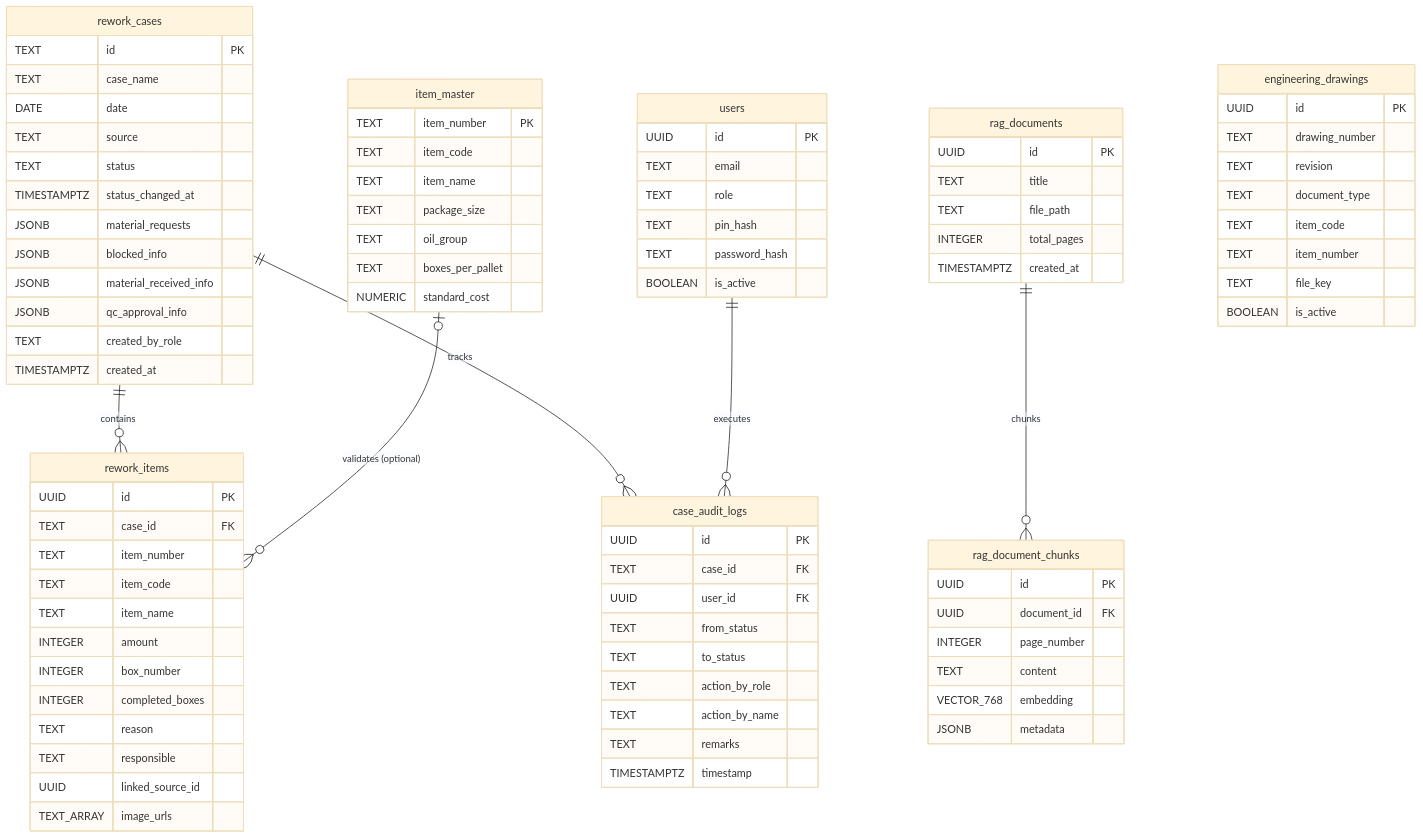
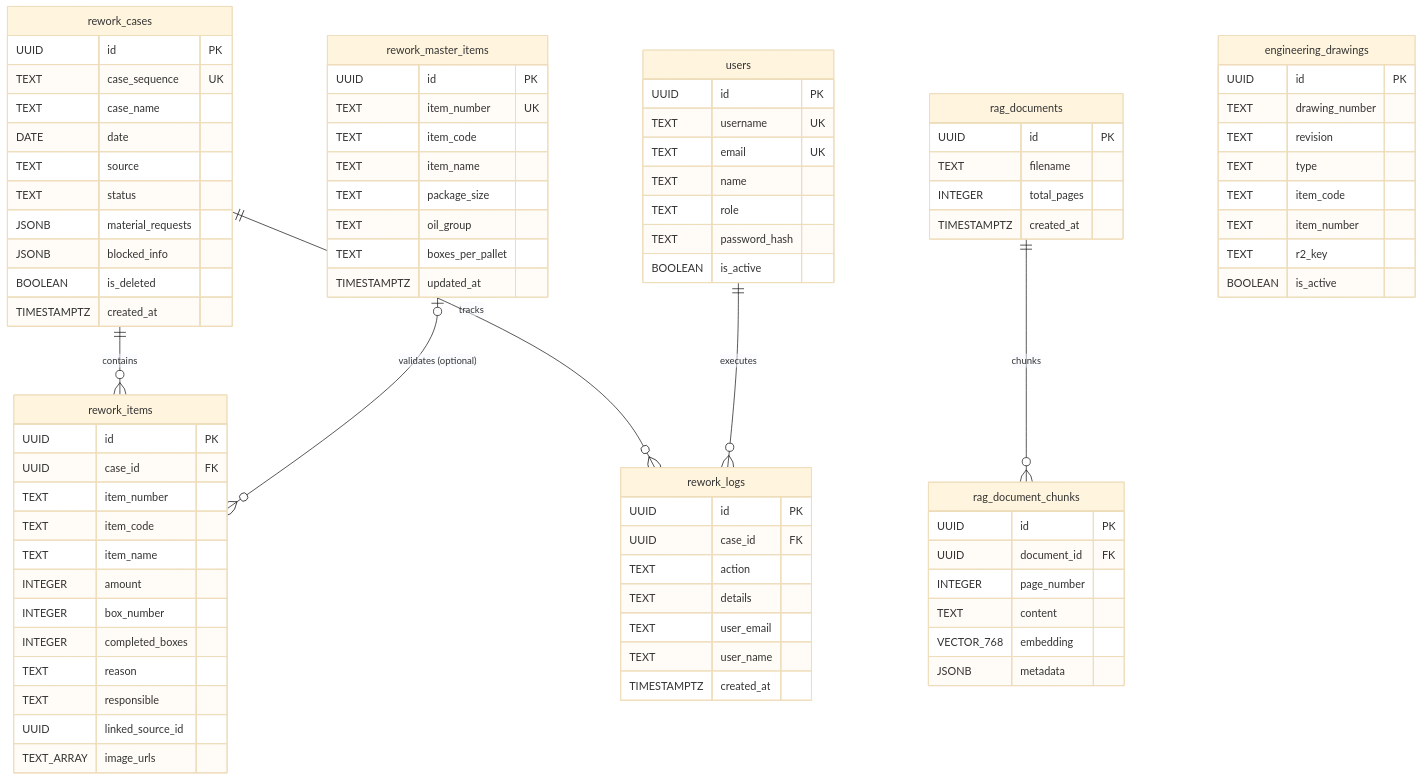
The seventh of 7 diagrams in thesis_agents/QSMS_Thesis_Complete_Document.md (yean30102546-rgb/QSMS_project), drawn with Mermaid (base theme) before and after one commit. The commit also changed other lines of this file and 30 other files, not shown here.

````diff
--- a/thesis_agents/QSMS_Thesis_Complete_Document.md
+++ b/thesis_agents/QSMS_Thesis_Complete_Document.md
@@ -1039,29 +961,27 @@
 ```mermaid
 erDiagram
     rework_cases ||--o{ rework_items : "contains"
-    rework_cases ||--o{ case_audit_logs : "tracks"
-    item_master |o--o{ rework_items : "validates (optional)"
-    users ||--o{ case_audit_logs : "executes"
+    rework_cases ||--o{ rework_logs : "tracks"
+    rework_master_items |o--o{ rework_items : "validates (optional)"
+    users ||--o{ rework_logs : "executes"
     rag_documents ||--o{ rag_document_chunks : "chunks"
 
     rework_cases {
-        TEXT id PK
+        UUID id PK
+        TEXT case_sequence UK
         TEXT case_name
         DATE date
         TEXT source
         TEXT status
-        TIMESTAMPTZ status_changed_at
         JSONB material_requests
         JSONB blocked_info
-        JSONB material_received_info
-        JSONB qc_approval_info
-        TEXT created_by_role
+        BOOLEAN is_deleted
         TIMESTAMPTZ created_at
     }
 
     rework_items {
         UUID id PK
-        TEXT case_id FK
+        UUID case_id FK
         TEXT item_number
         TEXT item_code
         TEXT item_name
@@ -1074,33 +994,33 @@
         TEXT_ARRAY image_urls
     }
 
-    case_audit_logs {
+    rework_logs {
         UUID id PK
-        TEXT case_id FK
-        UUID user_id FK
-        TEXT from_status
-        TEXT to_status
-        TEXT action_by_role
-        TEXT action_by_name
-        TEXT remarks
-        TIMESTAMPTZ timestamp
+        UUID case_id FK
+        TEXT action
+        TEXT details
+        TEXT user_email
+        TEXT user_name
+        TIMESTAMPTZ created_at
     }
 
-    item_master {
-        TEXT item_number PK
+    rework_master_items {
+        UUID id PK
+        TEXT item_number UK
         TEXT item_code
         TEXT item_name
         TEXT package_size
         TEXT oil_group
         TEXT boxes_per_pallet
-        NUMERIC standard_cost
+        TIMESTAMPTZ updated_at
     }
 
     users {
         UUID id PK
-        TEXT email
+        TEXT username UK
+        TEXT email UK
+        TEXT name
         TEXT role
-        TEXT pin_hash
         TEXT password_hash
         BOOLEAN is_active
     }
@@ -1109,17 +1029,16 @@
         UUID id PK
         TEXT drawing_number
         TEXT revision
-        TEXT document_type
+        TEXT type
         TEXT item_code
         TEXT item_number
-        TEXT file_key
+        TEXT r2_key
         BOOLEAN is_active
     }
 
     rag_documents {
         UUID id PK
-        TEXT title
-        TEXT file_path
+        TEXT filename
         INTEGER total_pages
         TIMESTAMPTZ created_at
     }
````
